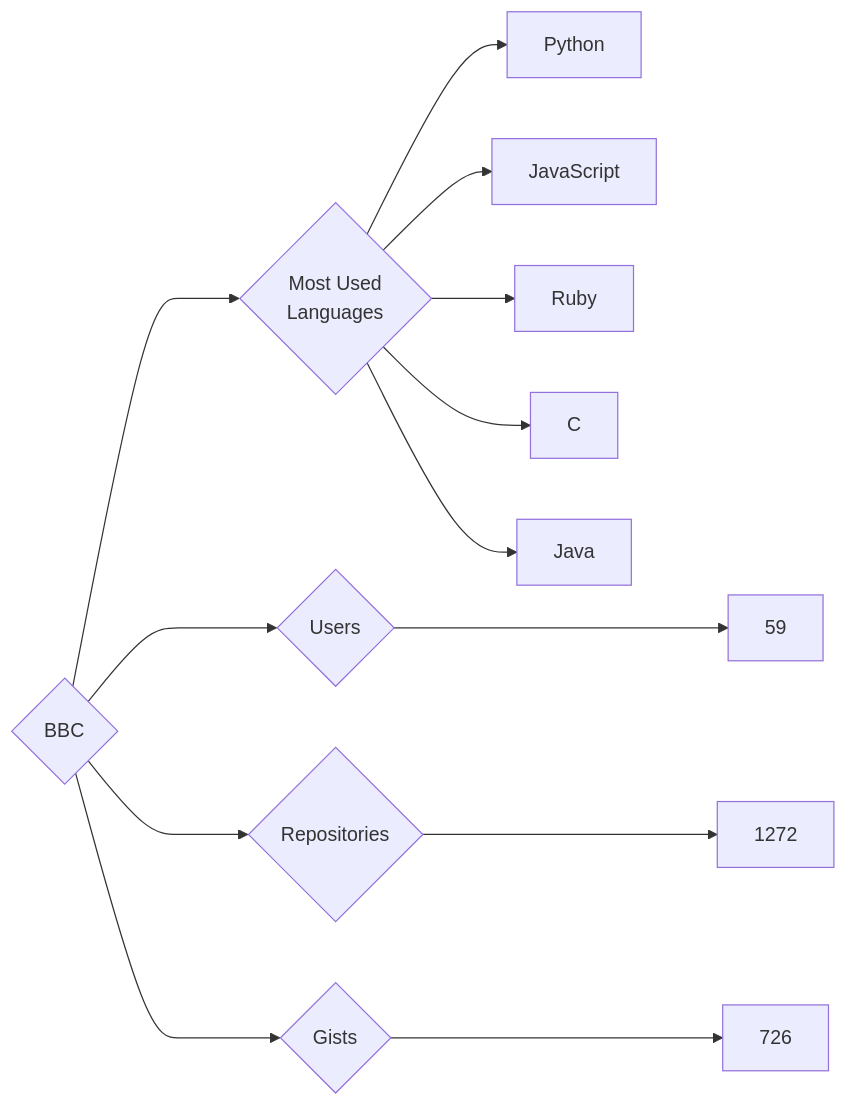
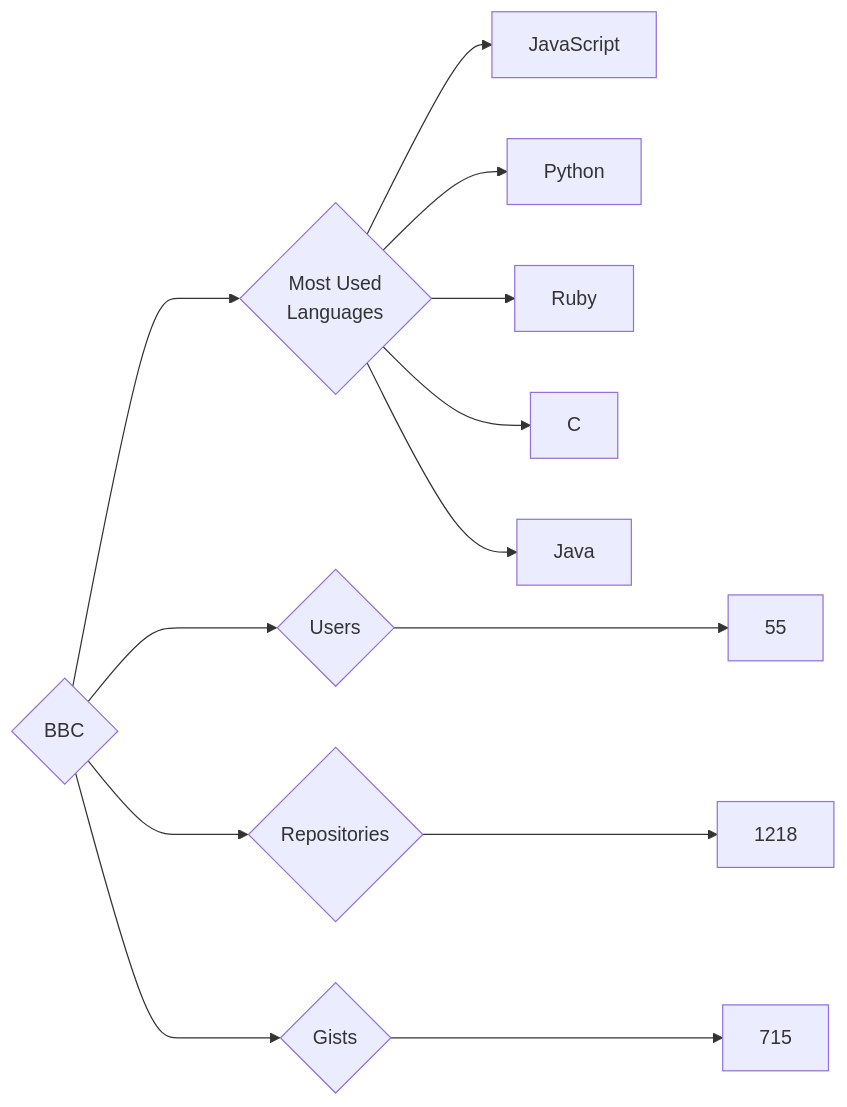
Before and after one commit to trickest/insiders: the diagram in targets/BBC/README.md, drawn with Mermaid. The commit also changed 1238 other files, not shown here.

````diff
--- a/targets/BBC/README.md
+++ b/targets/BBC/README.md
@@ -3,13 +3,13 @@
 ```mermaid
 graph LR
 COMPANY_NAME{BBC}
-COMPANY_NAME ---> U{Users} ---> UN[59]
-COMPANY_NAME ---> R{Repositories} ---> RN[1272]
-COMPANY_NAME ---> G{Gists} ---> GN[726]
+COMPANY_NAME ---> U{Users} ---> UN[55]
+COMPANY_NAME ---> R{Repositories} ---> RN[1218]
+COMPANY_NAME ---> G{Gists} ---> GN[715]
 COMPANY_NAME ---> ML{Most Used<br>Languages}
+ML --> JavaScript[JavaScript]
 ML --> Python[Python]
-ML --> JavaScript[JavaScript]
 ML --> Ruby[Ruby]
 ML --> C[C]
 ML --> Java[Java]
 ```
````
